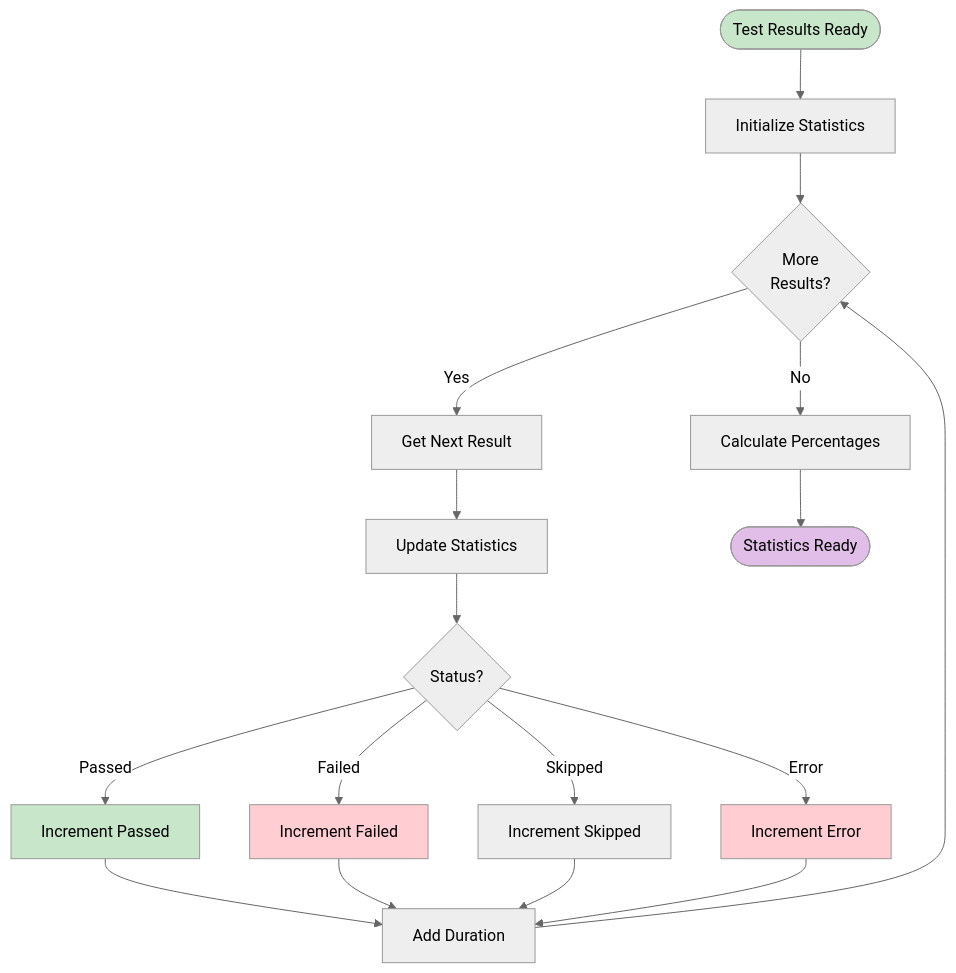
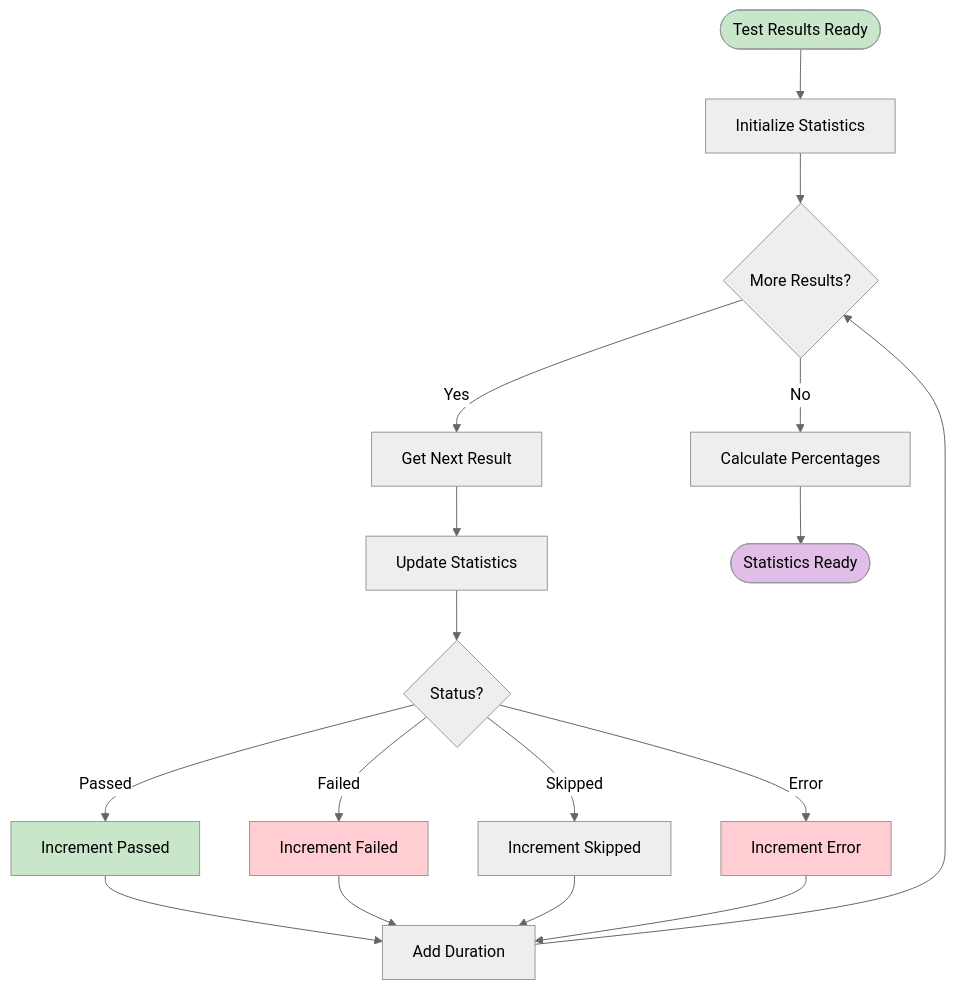
Before and after one commit to softwarewrighter/ui-test-rs: diagram 11 of 15 in wiki/Test-Runner.md, drawn with Mermaid (neutral theme). The commit also changed other lines of this file and 10 other files, not shown here.

First line of the commit message:
Fix wiki Mermaid diagrams: remove <br/> tags

````diff
--- a/wiki/Test-Runner.md
+++ b/wiki/Test-Runner.md
@@ -403,44 +403,44 @@
 ```mermaid
 flowchart TB
     Start([Test Results Ready])
     InitStats[Initialize Statistics]
-    MoreResults{More<br/>Results?}
+    MoreResults{More Results?}
     GetResult[Get Next Result]
     UpdateStats[Update Statistics]
     CheckStatus{Status?}
 
     IncrPassed[Increment Passed]
     IncrFailed[Increment Failed]
     IncrSkipped[Increment Skipped]
     IncrError[Increment Error]
 
     AddDuration[Add Duration]
     Calculate[Calculate Percentages]
     Done([Statistics Ready])
 
     Start --> InitStats
     InitStats --> MoreResults
     MoreResults -->|Yes| GetResult
     MoreResults -->|No| Calculate
     GetResult --> UpdateStats
     UpdateStats --> CheckStatus
 
     CheckStatus -->|Passed| IncrPassed
     CheckStatus -->|Failed| IncrFailed
     CheckStatus -->|Skipped| IncrSkipped
     CheckStatus -->|Error| IncrError
 
     IncrPassed --> AddDuration
     IncrFailed --> AddDuration
     IncrSkipped --> AddDuration
     IncrError --> AddDuration
 
     AddDuration --> MoreResults
     Calculate --> Done
 
     style Start fill:#c8e6c9
     style Done fill:#e1bee7
     style IncrPassed fill:#c8e6c9
     style IncrFailed fill:#ffcdd2
     style IncrError fill:#ffcdd2
 ```
````
